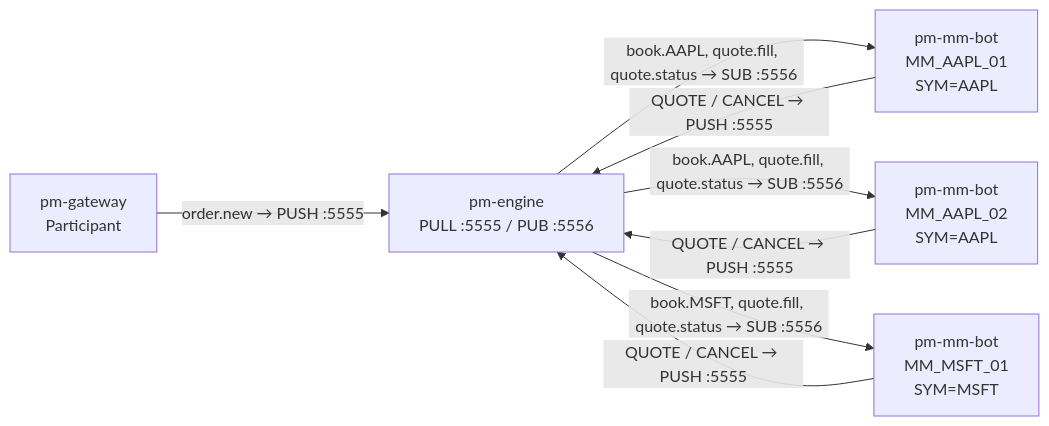
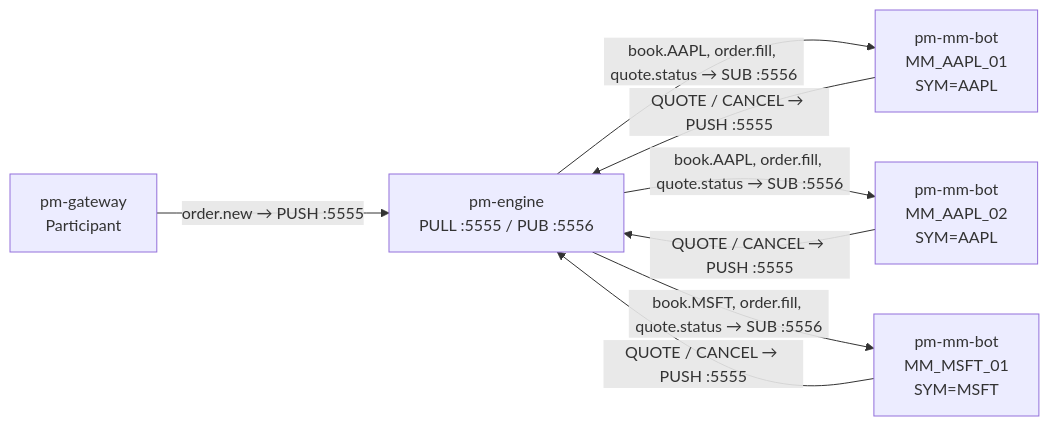
One commit to johan162/EduMatcher changed the first of 6 diagrams in docs-design/EduMatcher-MM-bots.md. Above: the diagram before and after it, drawn with Mermaid. The commit also changed other lines of this file and 2 other files, not shown here.

````diff
--- a/docs-design/EduMatcher-MM-bots.md
+++ b/docs-design/EduMatcher-MM-bots.md
@@ -183,16 +183,16 @@
 ```mermaid
 flowchart LR
     E["pm-engine\nPULL :5555 / PUB :5556"]
     B1["pm-mm-bot\nMM_AAPL_01\nSYM=AAPL"]
     B2["pm-mm-bot\nMM_AAPL_02\nSYM=AAPL"]
     B3["pm-mm-bot\nMM_MSFT_01\nSYM=MSFT"]
     GW["pm-gateway\nParticipant"]
 
     B1 -- "QUOTE / CANCEL → PUSH :5555" --> E
     B2 -- "QUOTE / CANCEL → PUSH :5555" --> E
     B3 -- "QUOTE / CANCEL → PUSH :5555" --> E
     GW -- "order.new → PUSH :5555" --> E
-    E -- "book.AAPL, quote.fill, quote.status → SUB :5556" --> B1
-    E -- "book.AAPL, quote.fill, quote.status → SUB :5556" --> B2
-    E -- "book.MSFT, quote.fill, quote.status → SUB :5556" --> B3
+    E -- "book.AAPL, order.fill, quote.status → SUB :5556" --> B1
+    E -- "book.AAPL, order.fill, quote.status → SUB :5556" --> B2
+    E -- "book.MSFT, order.fill, quote.status → SUB :5556" --> B3
 ```
````
